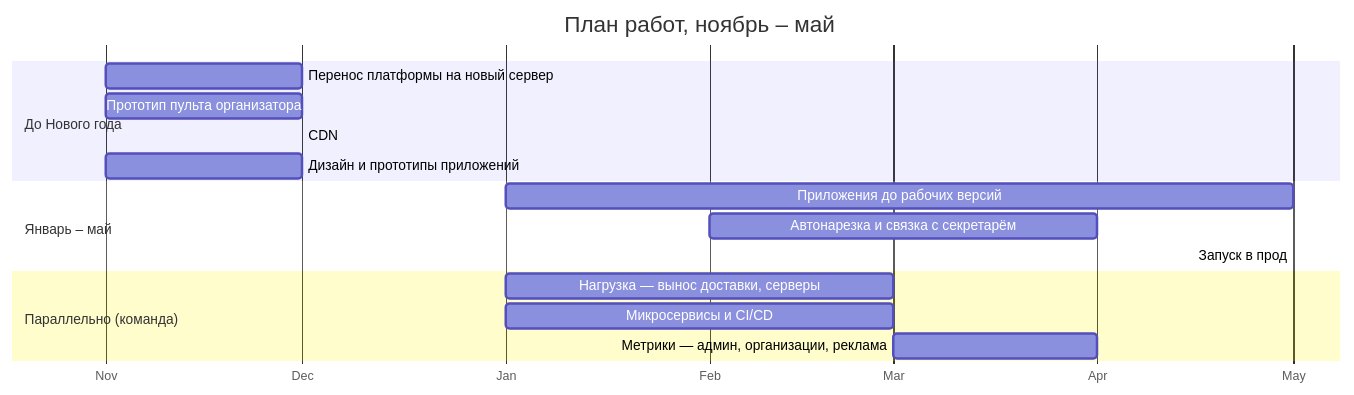
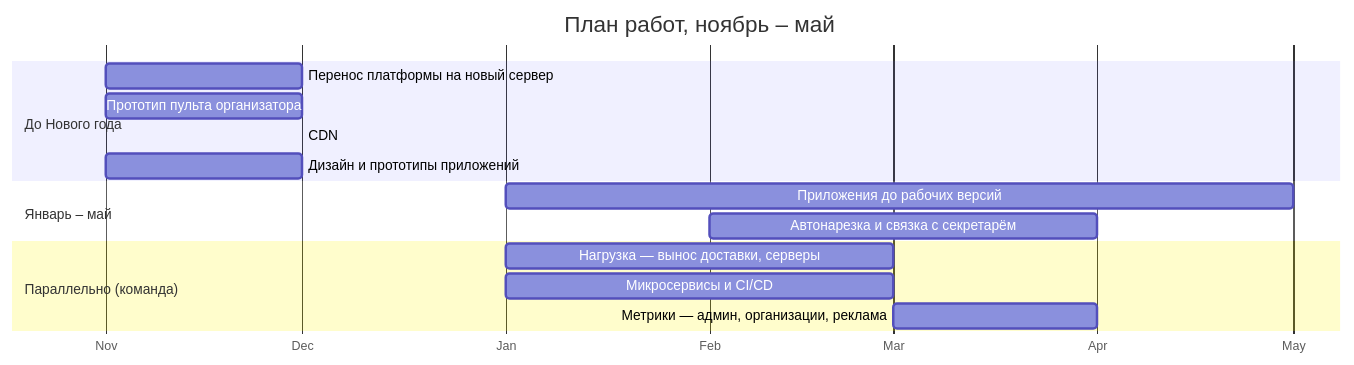
The diagram in docs/requirements-talk.md (DEMest/StreamService), drawn with Mermaid before and after one commit. The commit also changed other lines of this file and 2 other files, not shown here.

Commit message:
docs: план работ без строки «запуск в прод»

````diff
--- a/docs/requirements-talk.md
+++ b/docs/requirements-talk.md
@@ -166,19 +166,18 @@
 ```mermaid
 gantt
     title План работ, ноябрь – май
     dateFormat YYYY-MM
     axisFormat %b
     section До Нового года
     Перенос платформы на новый сервер   :c1, 2026-11, 2026-12
     Прототип пульта организатора        :c2, 2026-11, 2026-12
     CDN                                 :c3, 2026-12, 2026-12
     Дизайн и прототипы приложений       :c4, 2026-11, 2026-12
     section Январь – май
     Приложения до рабочих версий        :c5, 2027-01, 2027-05
     Автонарезка и связка с секретарём   :c6, 2027-02, 2027-04
-    Запуск в прод                       :c7, 2027-05, 2027-05
     section Параллельно (команда)
     Нагрузка — вынос доставки, серверы  :e1, 2027-01, 2027-03
     Микросервисы и CI/CD                :e2, 2027-01, 2027-03
     Метрики — админ, организации, реклама :e3, 2027-03, 2027-04
 ```
````
